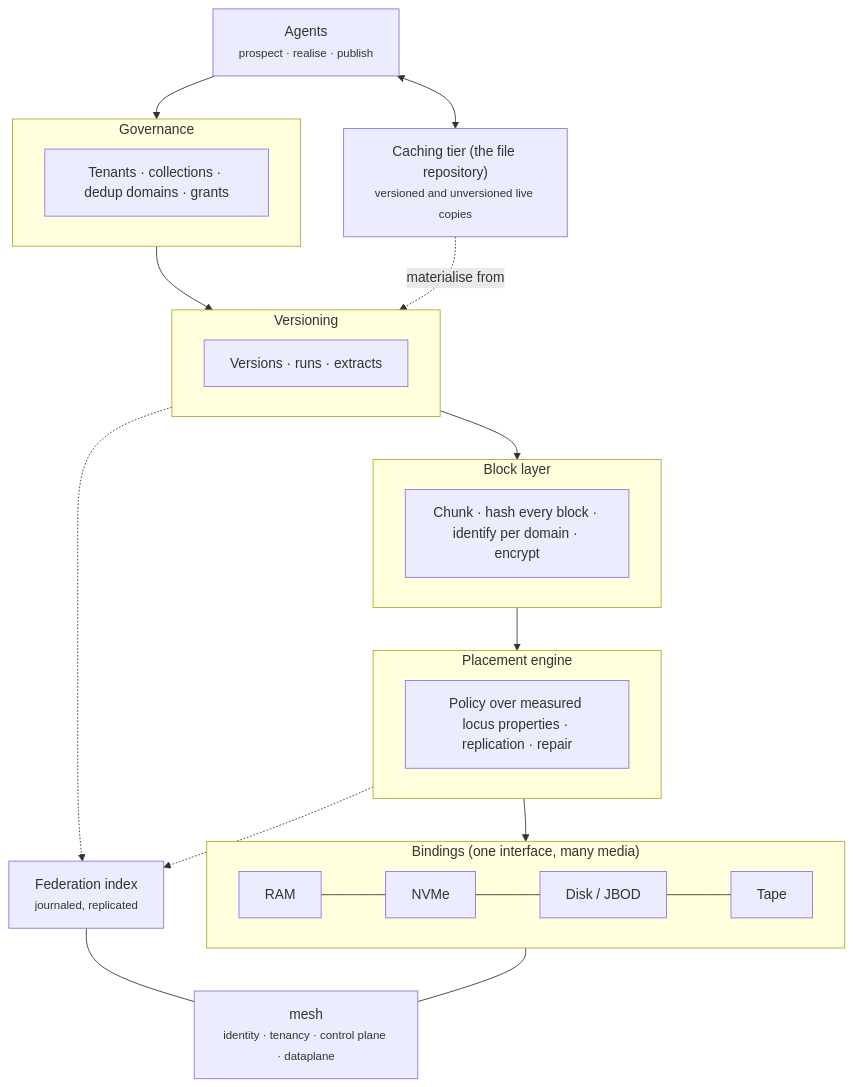
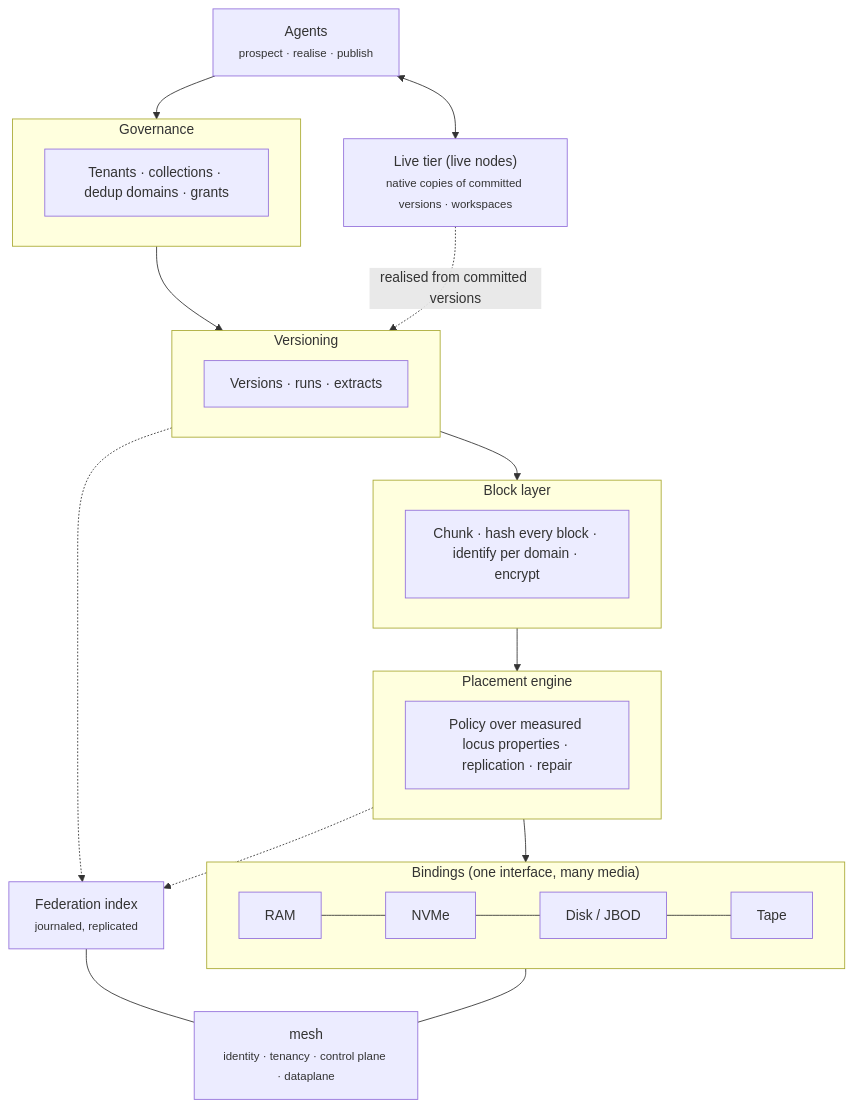
Before and after one commit to GaiaKeep/docs: the diagram in docs/concepts/architecture.md, drawn with Mermaid. The commit also changed other lines of this file and 19 other files, not shown here.

First line of the commit message:
Document the live tier, planned stops, store restarts and slow disks

````diff
--- a/docs/concepts/architecture.md
+++ b/docs/concepts/architecture.md
@@ -5,31 +5,31 @@
 ```mermaid
 flowchart TB
     A["Agents<br/><small>prospect · realise · publish</small>"]
     subgraph G["Governance"]
       T["Tenants · collections · dedup domains · grants"]
     end
     subgraph V["Versioning"]
       VR["Versions · runs · extracts"]
     end
     subgraph B["Block layer"]
       BL["Chunk · hash every block · identify per domain · encrypt"]
     end
     subgraph P["Placement engine"]
       PE["Policy over measured locus properties · replication · repair"]
     end
     subgraph L["Bindings (one interface, many media)"]
       direction LR
       R["RAM"] --- N["NVMe"] --- D["Disk / JBOD"] --- TP["Tape"]
     end
     I["Federation index<br/><small>journaled, replicated</small>"]
-    C["Caching tier (the file repository)<br/><small>versioned and unversioned live copies</small>"]
+    C["Live tier (live nodes)<br/><small>native copies of committed versions · workspaces</small>"]
     M["mesh<br/><small>identity · tenancy · control plane · dataplane</small>"]
 
     A --> G --> V --> B --> P --> L
     V -.-> I
     P -.-> I
     A <--> C
-    C -.materialise from.-> V
+    C -.realised from committed versions.-> V
     L --- M
     I --- M
 ```
````
